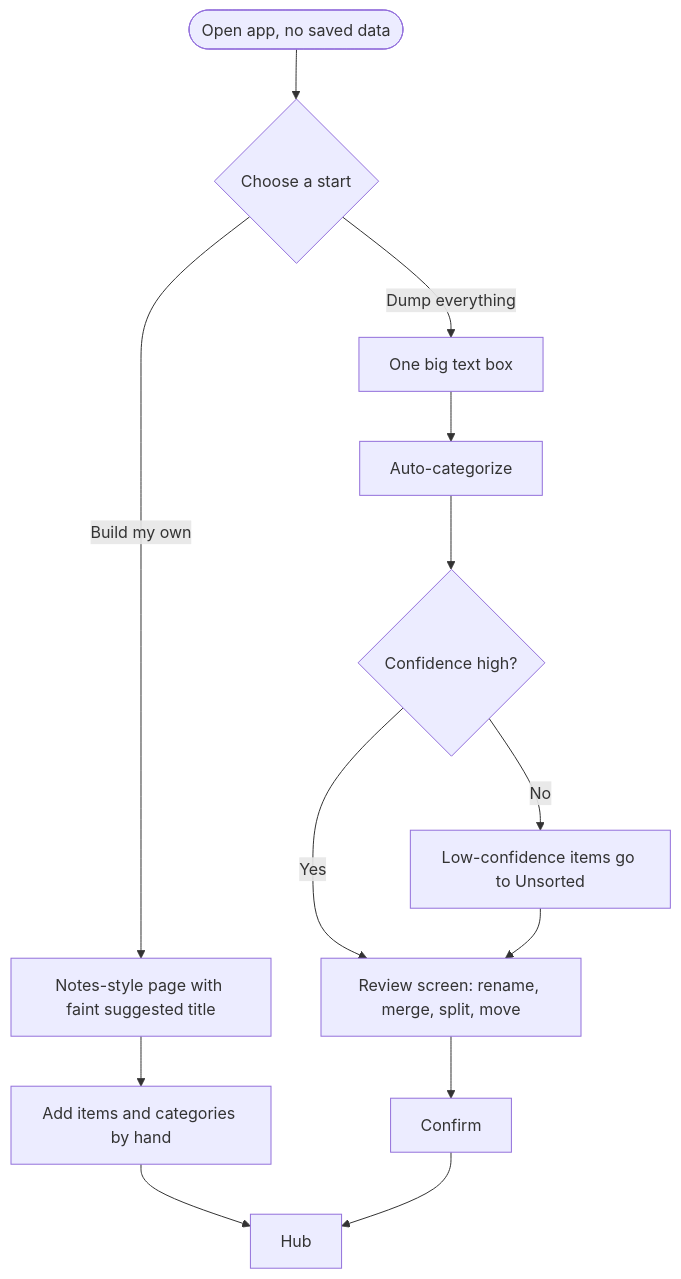
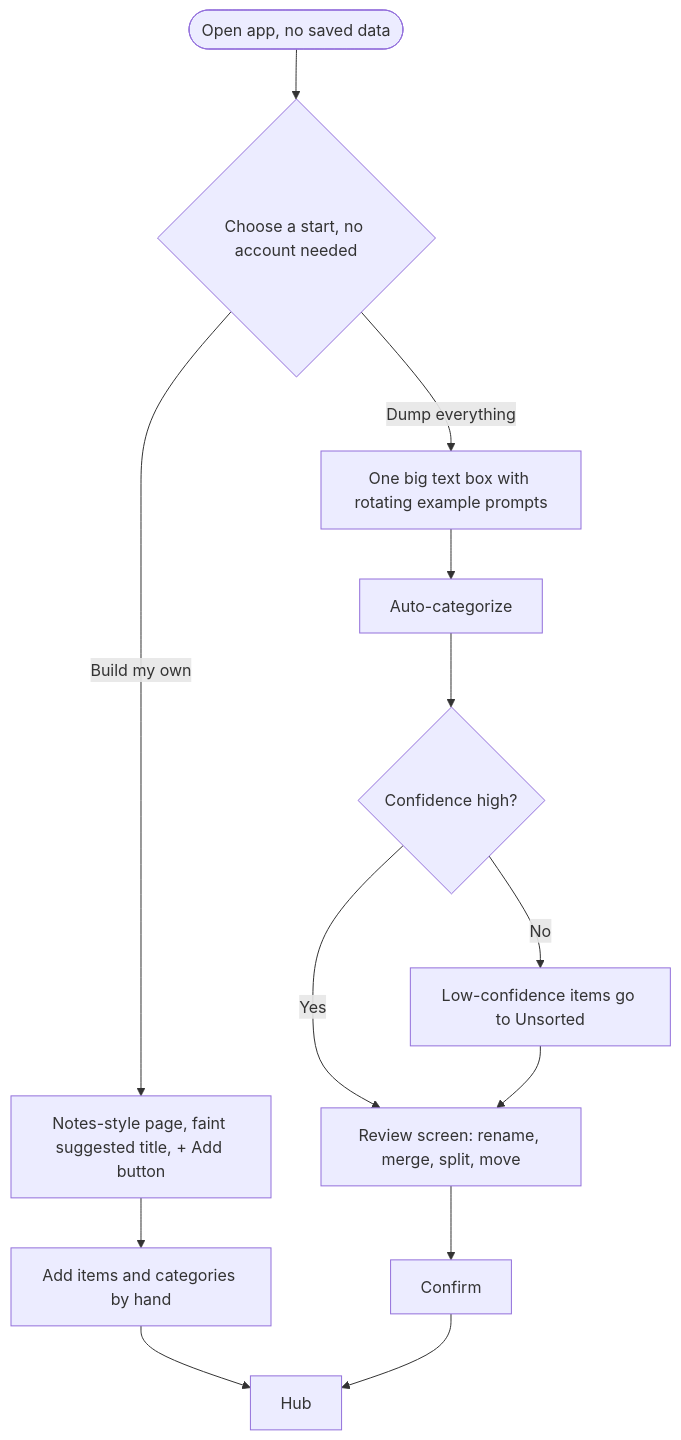
Before and after one commit to Cat-a-rina/dont-forget: the first of 3 diagrams in README.md, drawn with Mermaid. The commit also changed other lines of this file and 19 other files, not shown here.

````diff
--- a/README.md
+++ b/README.md
@@ -12,15 +12,15 @@
 ```mermaid
 flowchart TD
-    A([Open app, no saved data]) --> B{Choose a start}
-    B -->|Build my own| C[Notes-style page with faint suggested title]
-    B -->|Dump everything| D[One big text box]
+    A([Open app, no saved data]) --> B{Choose a start, no account needed}
+    B -->|Build my own| C[Notes-style page, faint suggested title, + Add button]
+    B -->|Dump everything| D[One big text box with rotating example prompts]
     C --> E[Add items and categories by hand]
     D --> F[Auto-categorize]
     F --> G{Confidence high?}
     G -->|Yes| H[Review screen: rename, merge, split, move]
     G -->|No| I[Low-confidence items go to Unsorted]
     I --> H
     H --> J[Confirm]
     E --> K[Hub]
     J --> K
 ```
````
